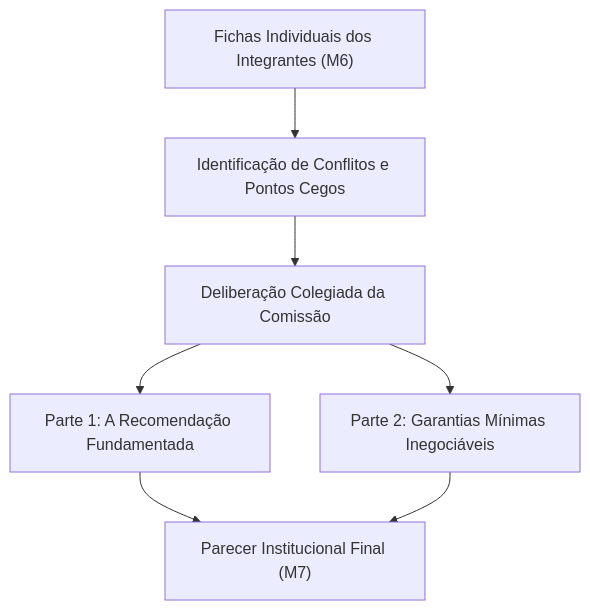
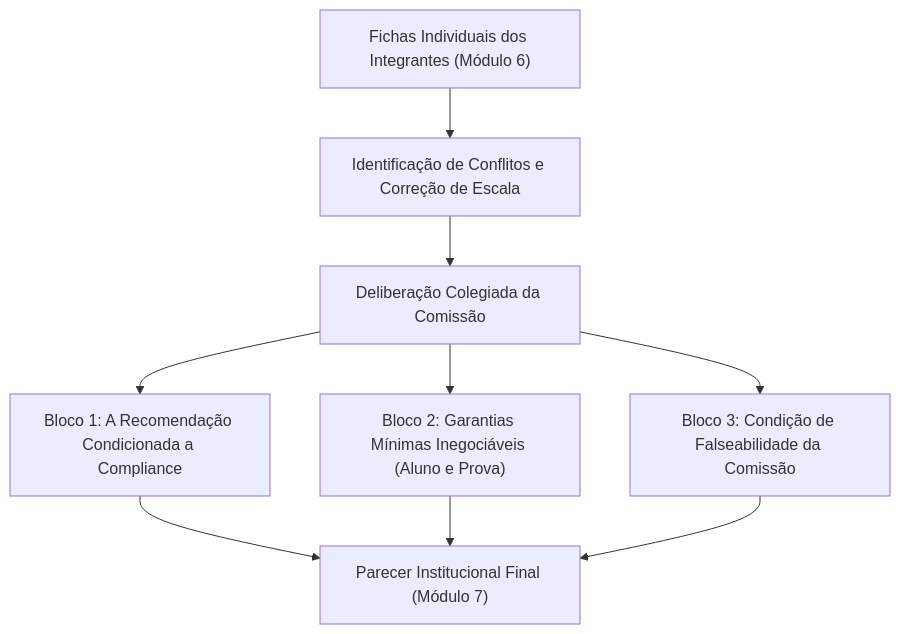
Before and after one commit to LKSFerreira/EngComp-UNIVESP: the diagram in 01 - Primeiro-Semestre/COM170 - Inteligência Artificial na Prática Acadêmica e Profissional/COM170 - Disciplina/quinzena-06/atividades_quinzenal/atividade_quinzenal.md, drawn with Mermaid. The commit also changed other lines of this file and 2 other files, not shown here.

````diff
--- a/01 - Primeiro-Semestre/COM170 - Inteligência Artificial na Prática Acadêmica e Profissional/COM170 - Disciplina/quinzena-06/atividades_quinzenal/atividade_quinzenal.md
+++ b/01 - Primeiro-Semestre/COM170 - Inteligência Artificial na Prática Acadêmica e Profissional/COM170 - Disciplina/quinzena-06/atividades_quinzenal/atividade_quinzenal.md
@@ -24,8 +23,9 @@
 ```mermaid
 graph TD
-    A["Fichas Individuais dos Integrantes (M6)"] --> B["Identificação de Conflitos e Pontos Cegos"]
+    A["Fichas Individuais dos Integrantes (Módulo 6)"] --> B["Identificação de Conflitos e Correção de Escala"]
     B --> C["Deliberação Colegiada da Comissão"]
-    C --> D1["Parte 1: A Recomendação Fundamentada"]
-    C --> D2["Parte 2: Garantias Mínimas Inegociáveis"]
-    D1 & D2 --> E["Parecer Institucional Final (M7)"]
+    C --> D1["Bloco 1: A Recomendação Condicionada a Compliance"]
+    C --> D2["Bloco 2: Garantias Mínimas Inegociáveis (Aluno e Prova)"]
+    C --> D3["Bloco 3: Condição de Falseabilidade da Comissão"]
+    D1 & D2 & D3 --> E["Parecer Institucional Final (Módulo 7)"]
 ```
````
